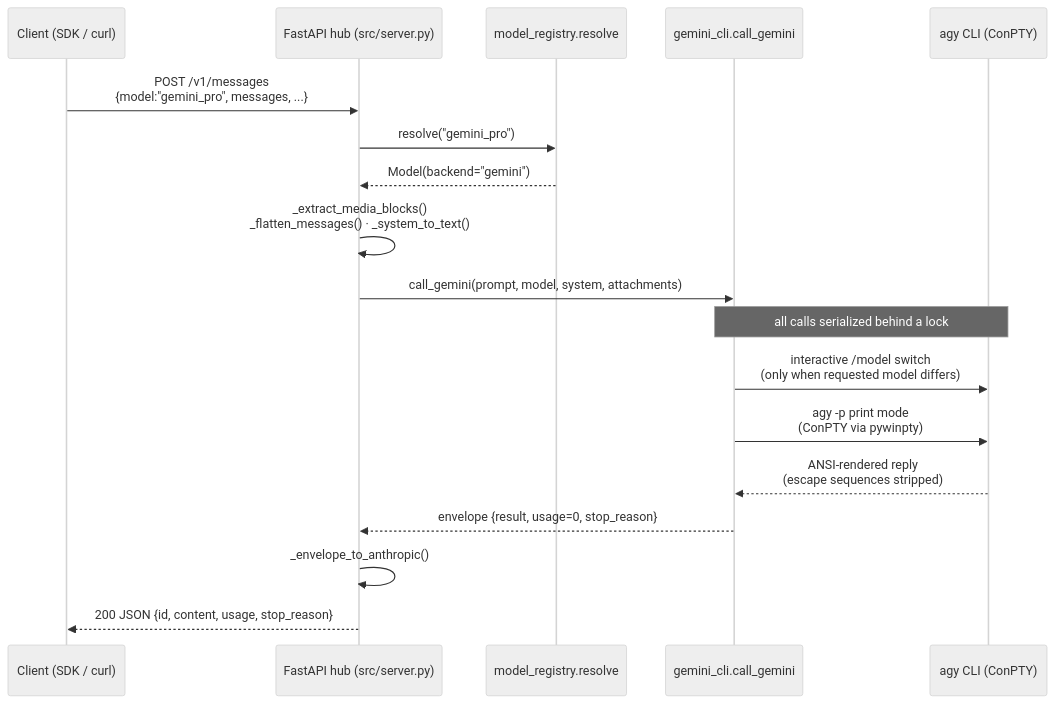
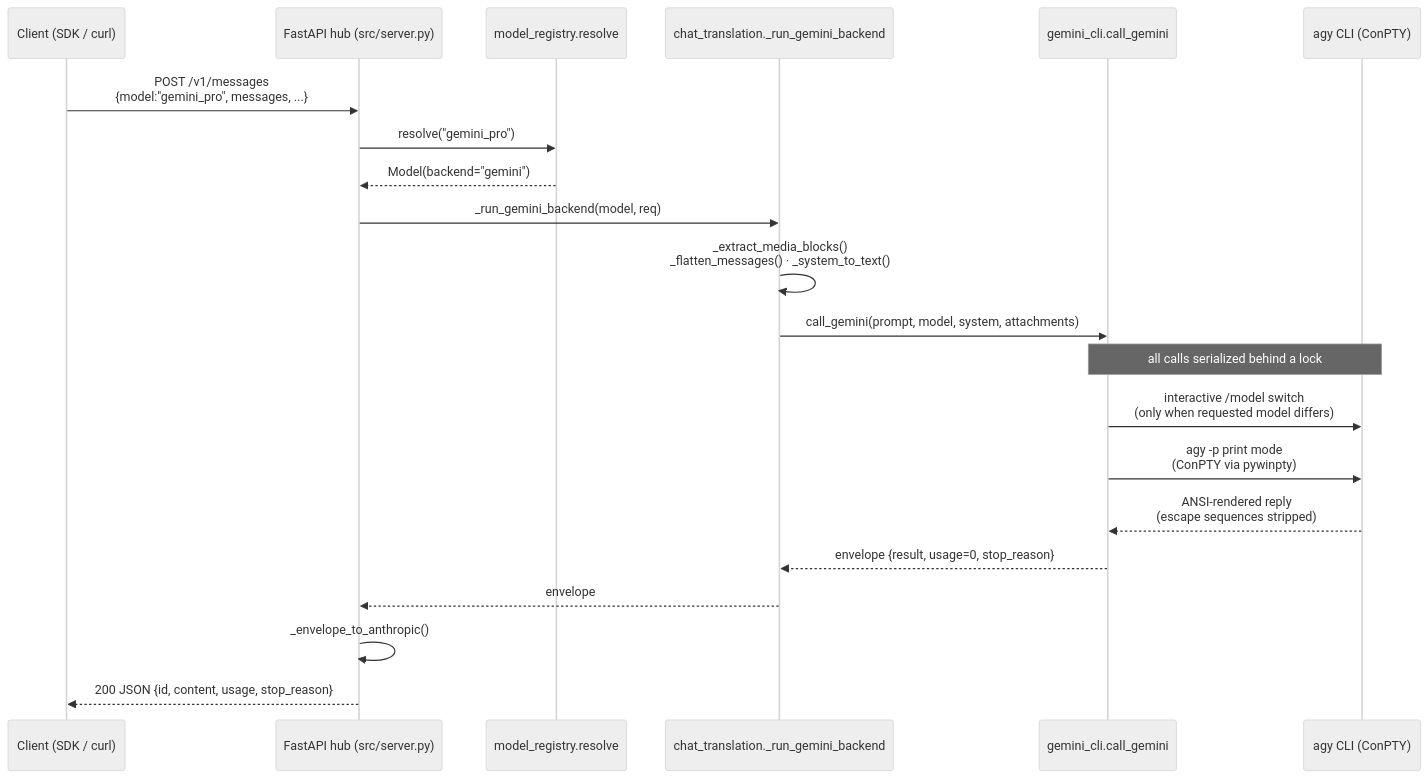
The fourth of 5 diagrams in docs/project-structure.md (ferraroroberto/local-llm-hub), drawn with Mermaid (neutral theme) before and after one commit. The commit also changed other lines of this file and 12 other files, not shown here.

First line of the commit message:
refactor: split chat_translation out of server.py, dedupe host id + path (issue #245)

````diff
--- a/docs/project-structure.md
+++ b/docs/project-structure.md
@@ -240,21 +249,24 @@
 ```mermaid
 sequenceDiagram
     participant C as Client (SDK / curl)
     participant F as FastAPI hub (src/server.py)
     participant R as model_registry.resolve
+    participant T as chat_translation._run_gemini_backend
     participant G as gemini_cli.call_gemini
     participant A as agy CLI (ConPTY)
 
     C->>F: POST /v1/messages<br/>{model:"gemini_pro", messages, ...}
     F->>R: resolve("gemini_pro")
     R-->>F: Model(backend="gemini")
-    F->>F: _extract_media_blocks()<br/>_flatten_messages() · _system_to_text()
-    F->>G: call_gemini(prompt, model, system, attachments)
+    F->>T: _run_gemini_backend(model, req)
+    T->>T: _extract_media_blocks()<br/>_flatten_messages() · _system_to_text()
+    T->>G: call_gemini(prompt, model, system, attachments)
     Note over G,A: all calls serialized behind a lock
     G->>A: interactive /model switch<br/>(only when requested model differs)
     G->>A: agy -p print mode<br/>(ConPTY via pywinpty)
     A-->>G: ANSI-rendered reply<br/>(escape sequences stripped)
-    G-->>F: envelope {result, usage=0, stop_reason}
+    G-->>T: envelope {result, usage=0, stop_reason}
+    T-->>F: envelope
     F->>F: _envelope_to_anthropic()
     F-->>C: 200 JSON {id, content, usage, stop_reason}
 ```
````
